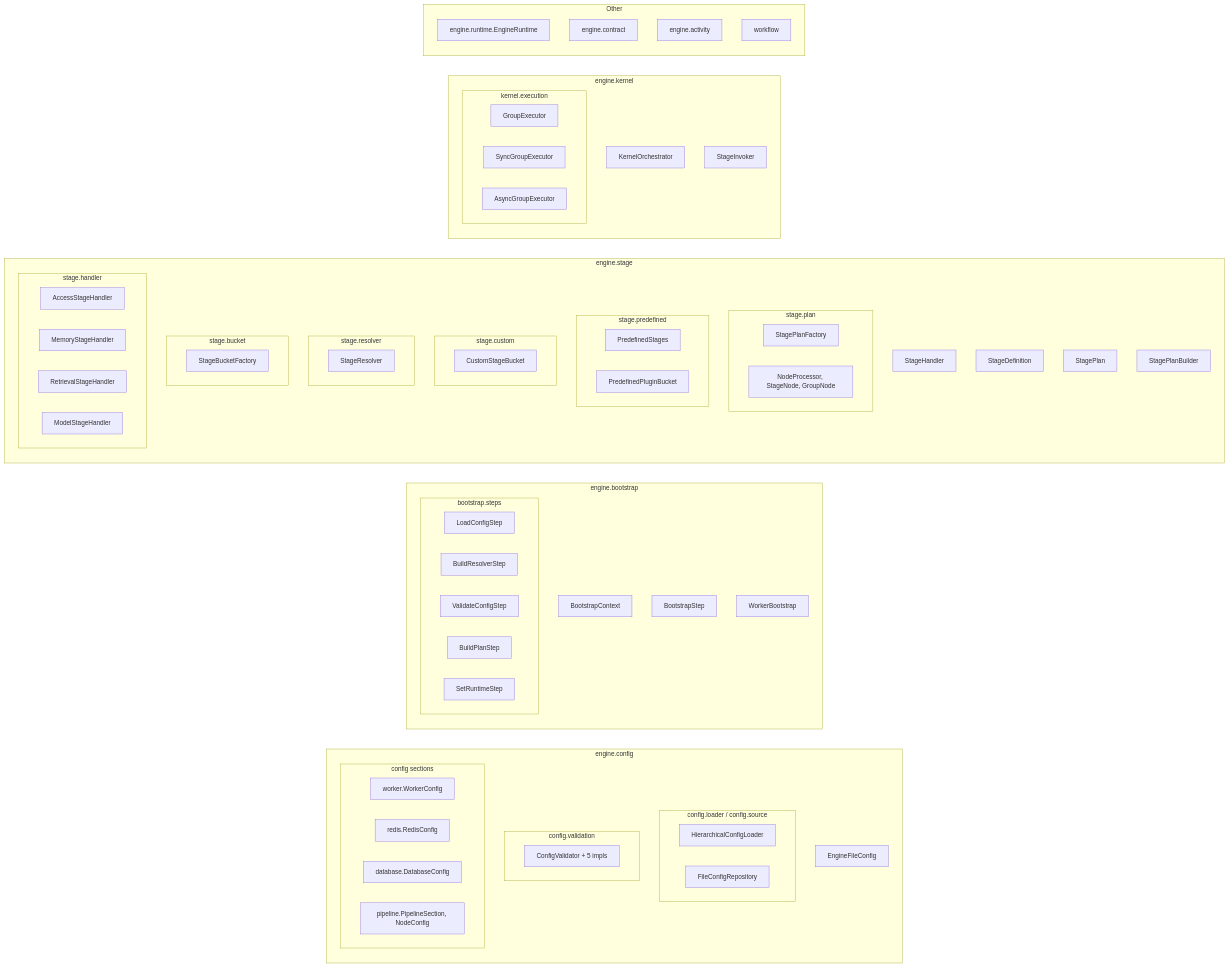
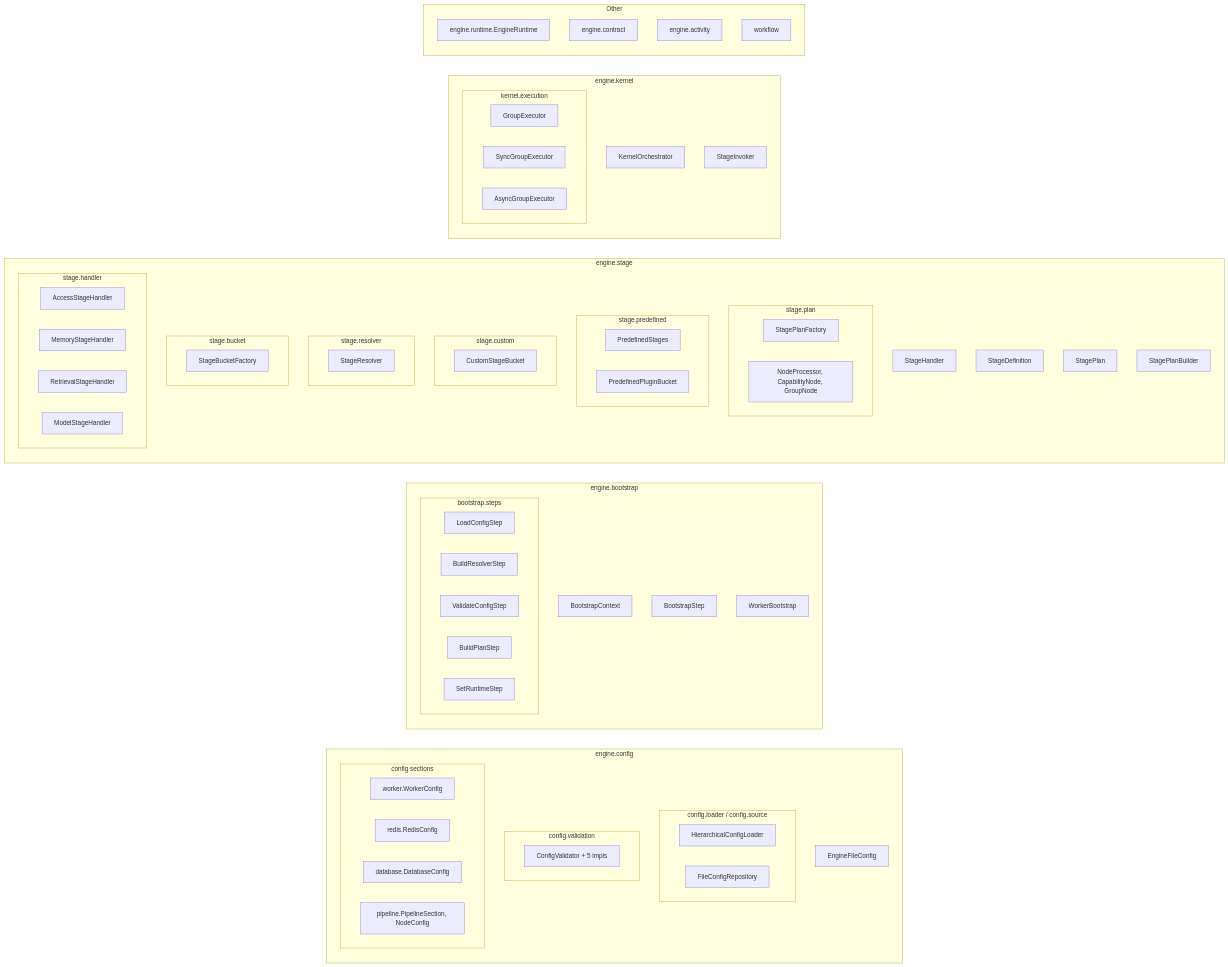
One commit to OpenLLMOrchestrator/Open-LLM-Orchestrator-Worker changed the third of 7 diagrams in docs/architecture.md. Above: the diagram before and after it, drawn with Mermaid. The commit also changed other lines of this file and 42 other files, not shown here.

````diff
--- a/docs/architecture.md
+++ b/docs/architecture.md
@@ -109,79 +109,79 @@
 ```mermaid
 flowchart LR
     subgraph config["engine.config"]
         config_root[EngineFileConfig]
         subgraph config_loader["config.loader / config.source"]
             HierarchicalLoader[HierarchicalConfigLoader]
             FileRepo[FileConfigRepository]
         end
         subgraph config_validation["config.validation"]
             Validators[ConfigValidator + 5 impls]
         end
         subgraph config_dto["config sections"]
             worker[worker.WorkerConfig]
             redis[redis.RedisConfig]
             db[database.DatabaseConfig]
             pipe[pipeline.PipelineSection, NodeConfig]
         end
     end
 
     subgraph bootstrap["engine.bootstrap"]
         BootstrapCtx[BootstrapContext]
         BootstrapStep[BootstrapStep]
         WorkerBootstrap[WorkerBootstrap]
         subgraph steps["bootstrap.steps"]
             S1[LoadConfigStep]
             S2[BuildResolverStep]
             S3[ValidateConfigStep]
             S4[BuildPlanStep]
             S5[SetRuntimeStep]
         end
     end
 
     subgraph stage["engine.stage"]
         Handler[StageHandler]
         Definition[StageDefinition]
         Plan[StagePlan]
         PlanBuilder[StagePlanBuilder]
         subgraph plan["stage.plan"]
             PlanFactory[StagePlanFactory]
-            NodeProcs[NodeProcessor, StageNode, GroupNode]
+            NodeProcs[NodeProcessor, CapabilityNode, GroupNode]
         end
         subgraph predefined["stage.predefined"]
             PredefStages[PredefinedStages]
             PredefBucket[PredefinedPluginBucket]
         end
         subgraph custom["stage.custom"]
             CustomBucket[CustomStageBucket]
         end
         subgraph resolver["stage.resolver"]
             StageResolver[StageResolver]
         end
         subgraph bucket["stage.bucket"]
             BucketFactory[StageBucketFactory]
         end
         subgraph handler["stage.handler"]
             Access[AccessStageHandler]
             Memory[MemoryStageHandler]
             Retrieval[RetrievalStageHandler]
             Model[ModelStageHandler]
         end
     end
 
     subgraph kernel["engine.kernel"]
         Orchestrator[KernelOrchestrator]
         Invoker[StageInvoker]
         subgraph execution["kernel.execution"]
             GroupExec[GroupExecutor]
             SyncExec[SyncGroupExecutor]
             AsyncExec[AsyncGroupExecutor]
         end
     end
 
     subgraph other["Other"]
         runtime[engine.runtime.EngineRuntime]
         contract[engine.contract]
         activity[engine.activity]
         workflow[workflow]
     end
 ```
````
